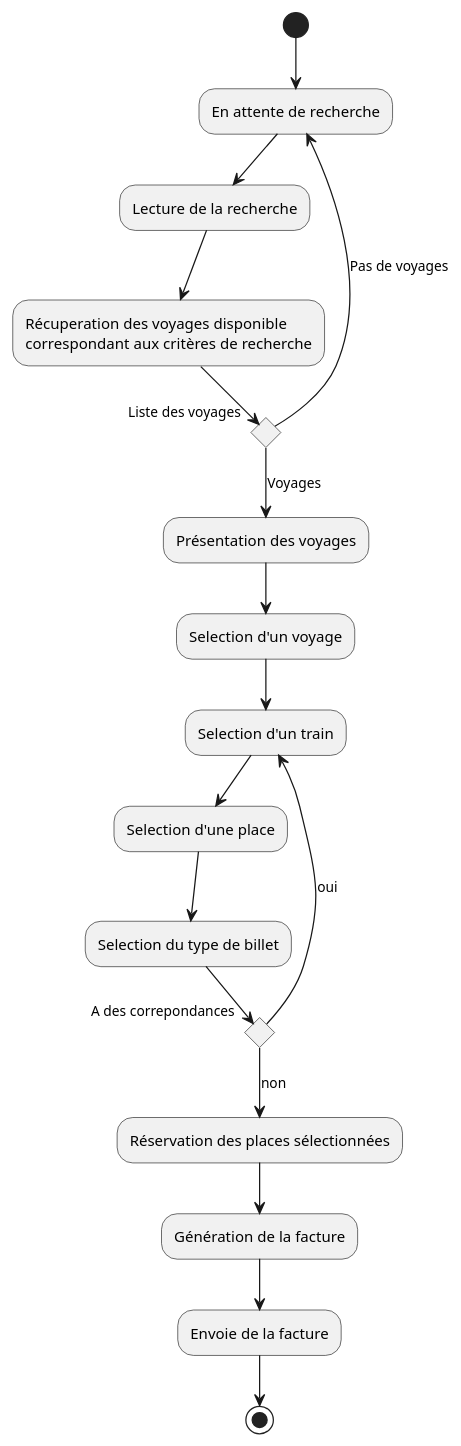
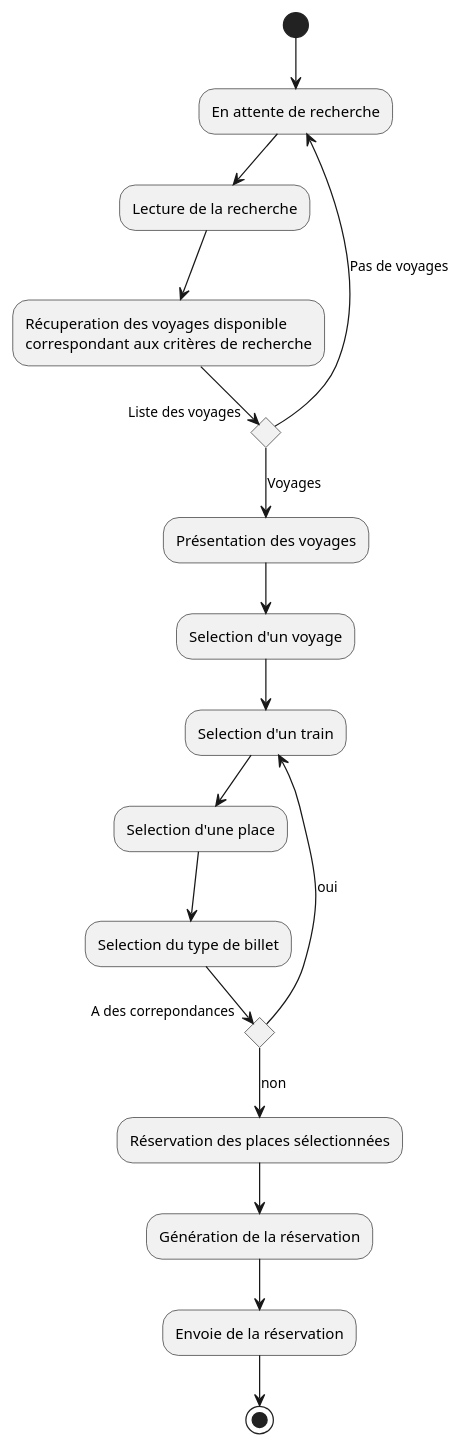
The diagram in CAPS/activite.plantuml (thomasGuibert/Cours-Design), drawn with PlantUML before and after one commit. The commit also changed 1 other file, not shown here.

```diff
--- a/CAPS/activite.plantuml
+++ b/CAPS/activite.plantuml
@@ -1,23 +1,23 @@
 @startuml activite
 
 (*) --> En attente de recherche
 --> Lecture de la recherche
 --> Récuperation des voyages disponible\ncorrespondant aux critères de recherche
 if "Liste des voyages" then
 --> [Pas de voyages]En attente de recherche
 else
 --> [Voyages]Présentation des voyages
 endif
 --> Selection d'un voyage
 --> Selection d'un train
 --> Selection d'une place
 --> Selection du type de billet
 if "A des correpondances" then
 --> [oui]Selection d'un train
 else
 --> [non]Réservation des places sélectionnées
 endif
---> Génération de la facture
---> Envoie de la facture
+--> Génération de la réservation
+--> Envoie de la réservation
 --> (*)
 @enduml
```
